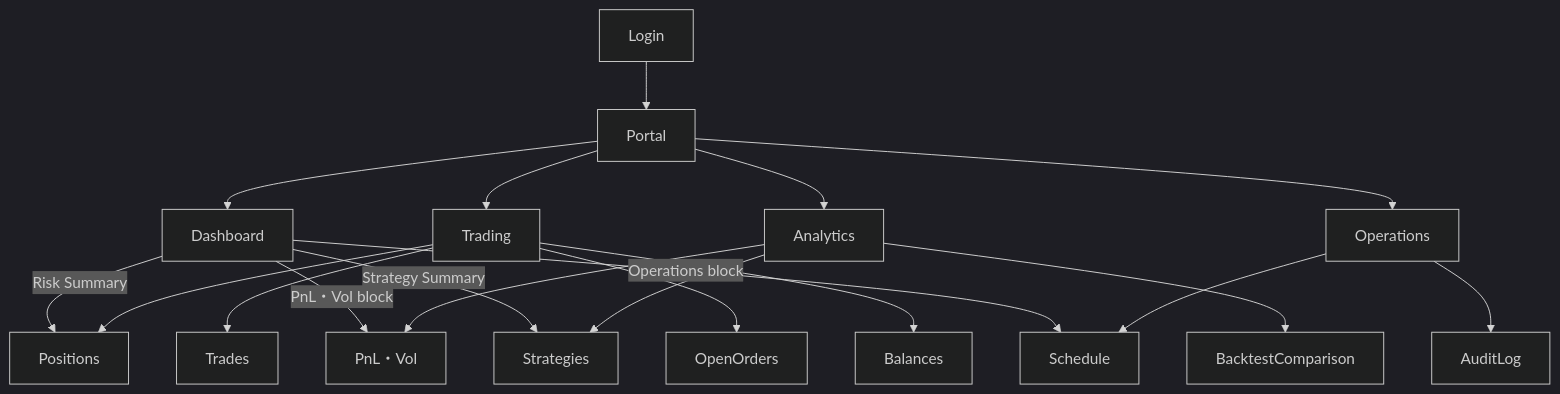
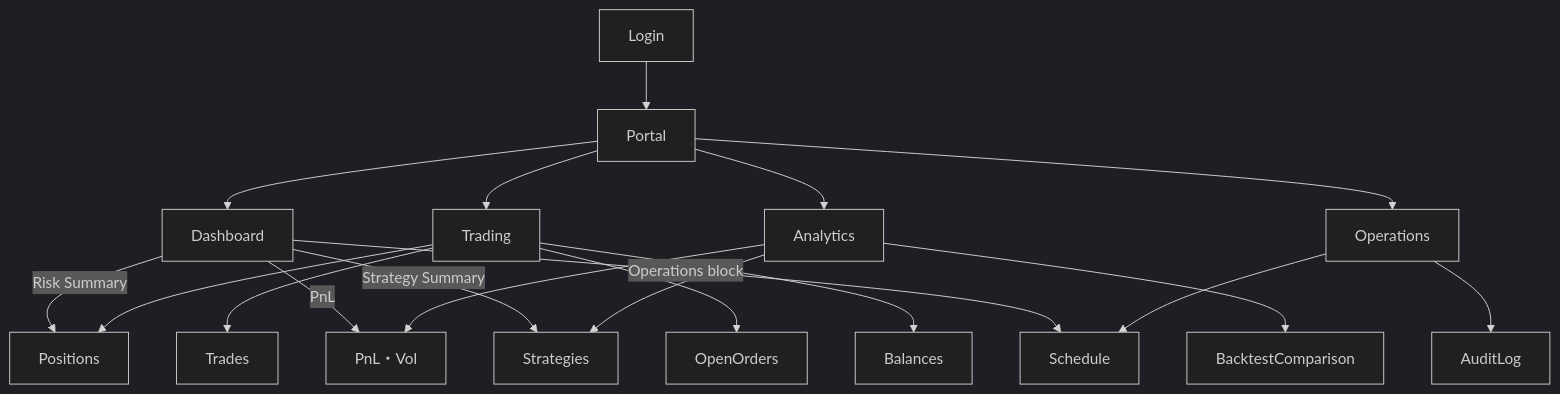
One commit to SignalNexus/signal-nexus changed the diagram in docs/ui/SCREEN_RELATIONSHIP_DIAGRAM.md. Above: the diagram before and after it, drawn with Mermaid (dark theme). The commit also changed other lines of this file and 5 other files, not shown here.

````diff
--- a/docs/ui/SCREEN_RELATIONSHIP_DIAGRAM.md
+++ b/docs/ui/SCREEN_RELATIONSHIP_DIAGRAM.md
@@ -48,21 +48,21 @@
 ```mermaid
 graph TD
   Login --> Portal
   Portal --> Dashboard
   Portal --> Trading
   Portal --> Analytics
   Portal --> Operations
   Trading --> Positions
   Trading --> Trades
   Trading --> OpenOrders
   Trading --> Balances
   Analytics --> PnLVol["PnL・Vol"]
   Analytics --> Strategies
   Analytics --> BacktestComparison
   Operations --> Schedule
   Operations --> AuditLog
   Dashboard -->|Risk Summary| Positions
   Dashboard -->|Strategy Summary| Strategies
-  Dashboard -->|PnL・Vol block| PnLVol
+  Dashboard -->|PnL| PnLVol
   Dashboard -->|Operations block| Schedule
 ```
````
